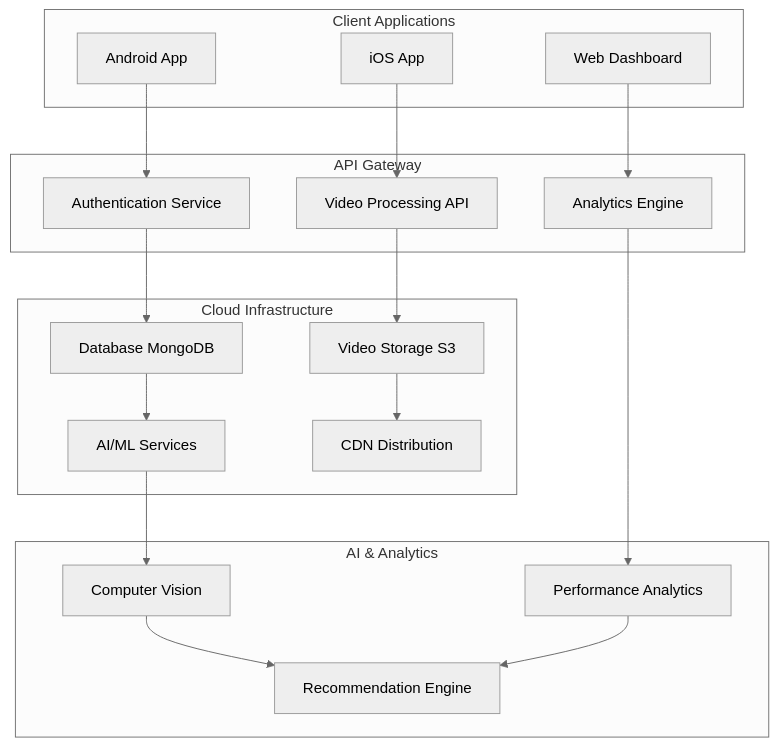
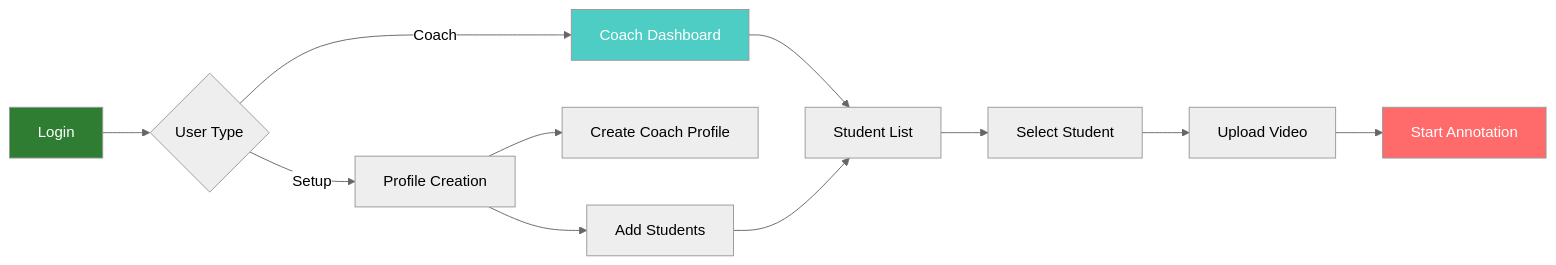
One commit to rajpatel8/WicketWise changed the fifth of 6 diagrams in Diagram.md. Above: the diagram before and after it, drawn with Mermaid (neutral theme). The commit also changed other lines of this file, not shown here.

````diff
--- a/Diagram.md
+++ b/Diagram.md
@@ -181,42 +108,19 @@
 ```mermaid
-graph TB
-    subgraph "Client Applications"
-        A1[Android App]
-        A2[iOS App]
-        A3[Web Dashboard]
-    end
+flowchart LR
+    A[Login] --> B{User Type}
+    B -->|Coach| C[Coach Dashboard]
+    B -->|Setup| D[Profile Creation]
     
-    subgraph "API Gateway"
-        B[Authentication Service]
-        C[Video Processing API]
-        D[Analytics Engine]
-    end
+    C --> E[Student List]
+    E --> F[Select Student]
+    F --> G[Upload Video]
+    G --> H[Start Annotation]
     
-    subgraph "Cloud Infrastructure"
-        E[Video Storage S3]
-        F[Database MongoDB]
-        G[AI/ML Services]
-        H[CDN Distribution]
-    end
+    D --> I[Create Coach Profile]
+    D --> J[Add Students]
+    J --> E
     
-    subgraph "AI & Analytics"
-        I[Computer Vision]
-        J[Performance Analytics]
-        K[Recommendation Engine]
-    end
-    
-    A1 --> B
-    A2 --> C
-    A3 --> D
-    
-    B --> F
-    C --> E
-    D --> J
-    
-    E --> H
-    F --> G
-    G --> I
-    
-    I --> K
-    J --> K
+    style A fill:#2E7D32,color:#fff
+    style H fill:#FF6B6B,color:#fff
+    style C fill:#4ECDC4,color:#fff
 ```
````
